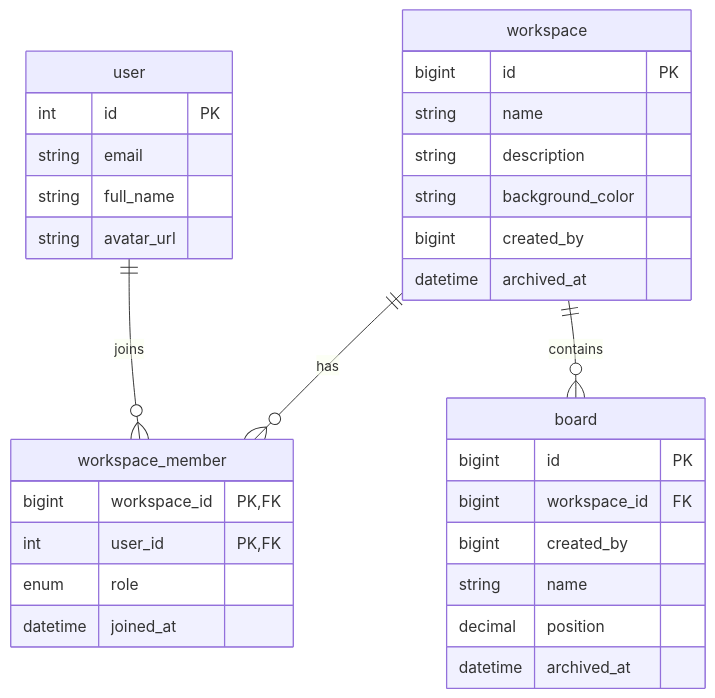
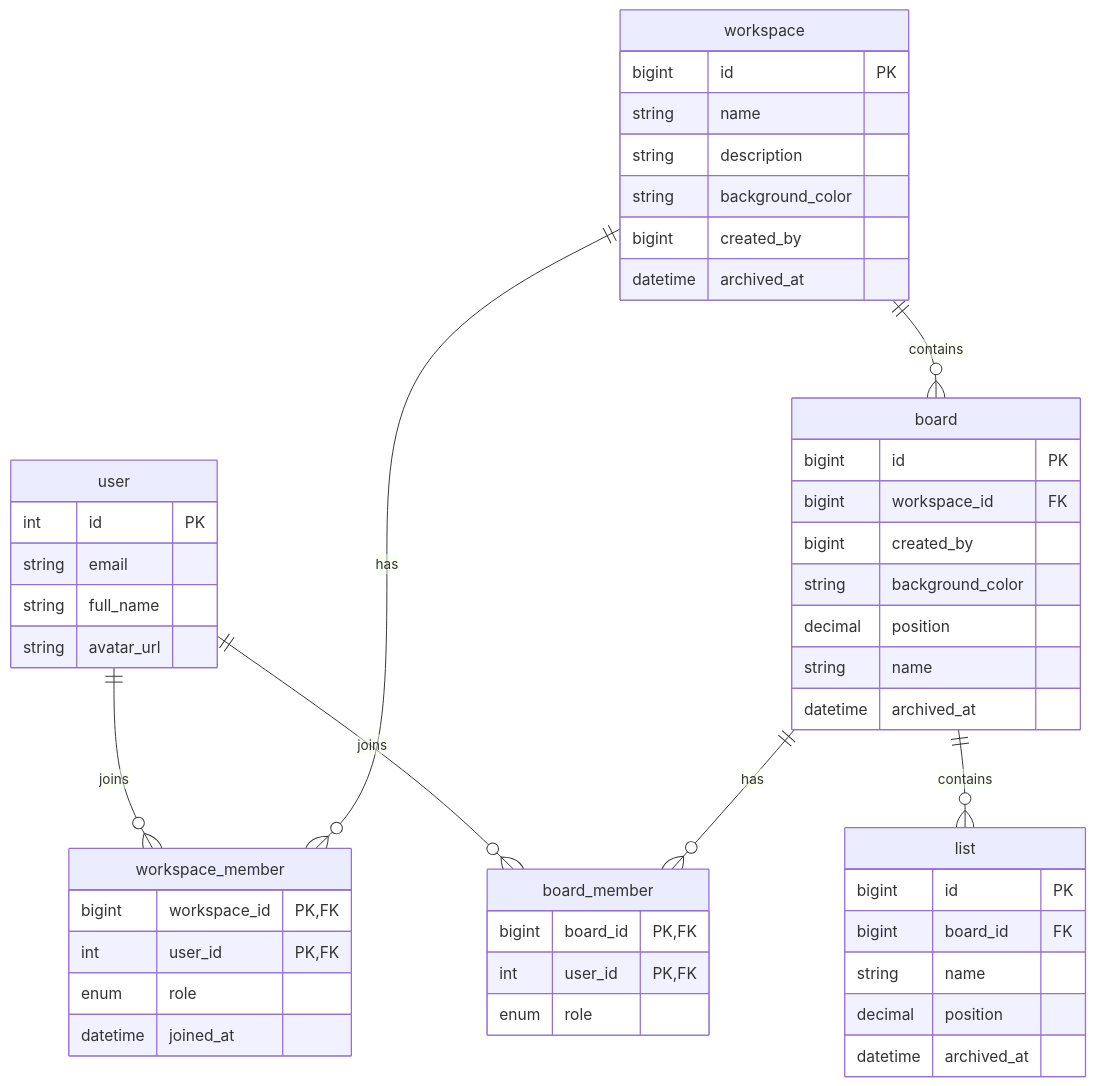
One commit to Thoai1503/TrelloClone changed the diagram in docs/architecture/data-model.md. Above: the diagram before and after it, drawn with Mermaid. The commit also changed other lines of this file and 59 other files, not shown here.

````diff
--- a/docs/architecture/data-model.md
+++ b/docs/architecture/data-model.md
@@ -5,35 +5,51 @@
 ```mermaid
 erDiagram
     user ||--o{ workspace_member : joins
     workspace ||--o{ workspace_member : has
     workspace ||--o{ board : contains
+    user ||--o{ board_member : joins
+    board ||--o{ board_member : has
+    board ||--o{ list : contains
 
     user {
         int id PK
         string email
         string full_name
         string avatar_url
     }
     workspace {
         bigint id PK
         string name
         string description
         string background_color
         bigint created_by
         datetime archived_at
     }
     workspace_member {
         bigint workspace_id PK, FK
         int user_id PK, FK
         enum role
         datetime joined_at
     }
     board {
         bigint id PK
         bigint workspace_id FK
         bigint created_by
+        string background_color
+        decimal position
+        string name
+        datetime archived_at
+    }
+    board_member {
+        bigint board_id PK, FK
+        int user_id PK, FK
+        enum role
+    }
+    list {
+        bigint id PK
+        bigint board_id FK
         string name
         decimal position
         datetime archived_at
     }
 ```
````
